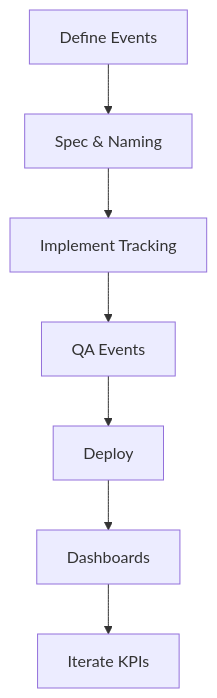
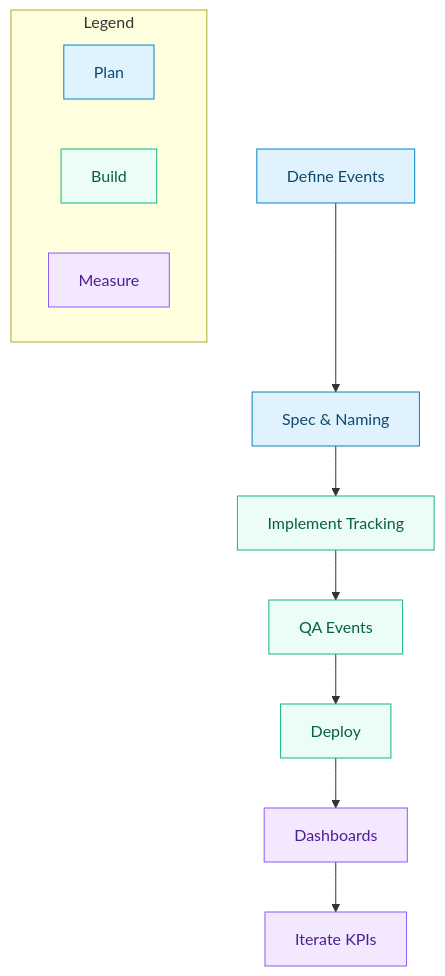
Before and after one commit to kpm34/college-football-fantasy-app: the diagram in docs/diagrams/workflows/track-events-correctly.md, drawn with Mermaid. The commit also changed 20 other files, not shown here.

````diff
--- a/docs/diagrams/workflows/track-events-correctly.md
+++ b/docs/diagrams/workflows/track-events-correctly.md
@@ -7,9 +7,25 @@
 ```mermaid
 flowchart TD
   DEFINE[Define Events] --> SPEC[Spec & Naming]
   SPEC --> INSTR[Implement Tracking]
   INSTR --> QA[QA Events]
   QA --> DEPLOY[Deploy]
   DEPLOY --> DASH[Dashboards]
   DASH --> ITERATE[Iterate KPIs]
+
+  %% Lane colors (Plan/Build/Measure)
+  classDef lanePlan fill:#E0F2FE,stroke:#0284C7,color:#0C4A6E
+  classDef laneBuild fill:#ECFDF5,stroke:#10B981,color:#065F46
+  classDef laneMeasure fill:#F3E8FF,stroke:#8B5CF6,color:#4C1D95
+
+  class DEFINE,SPEC lanePlan
+  class INSTR,QA,DEPLOY laneBuild
+  class DASH,ITERATE laneMeasure
+
+  %% Legend
+  subgraph Legend
+    L1[Plan]:::lanePlan
+    L2[Build]:::laneBuild
+    L3[Measure]:::laneMeasure
+  end
 ```
````
